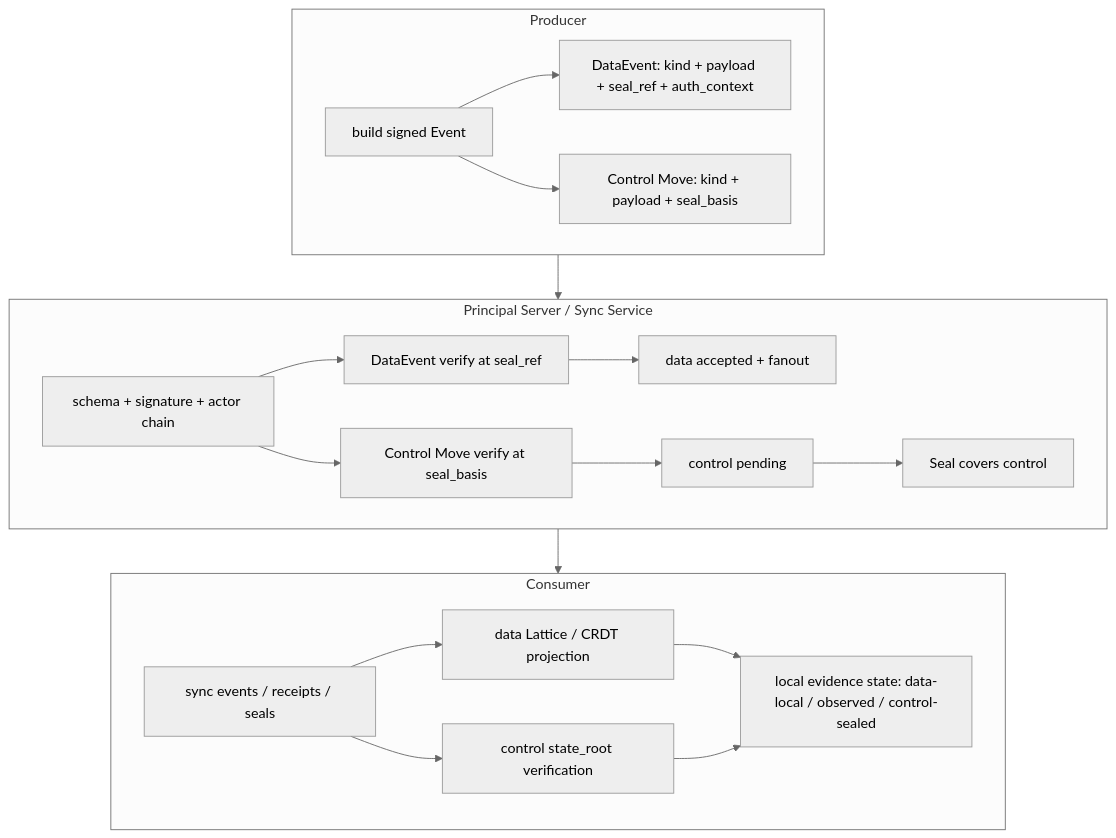
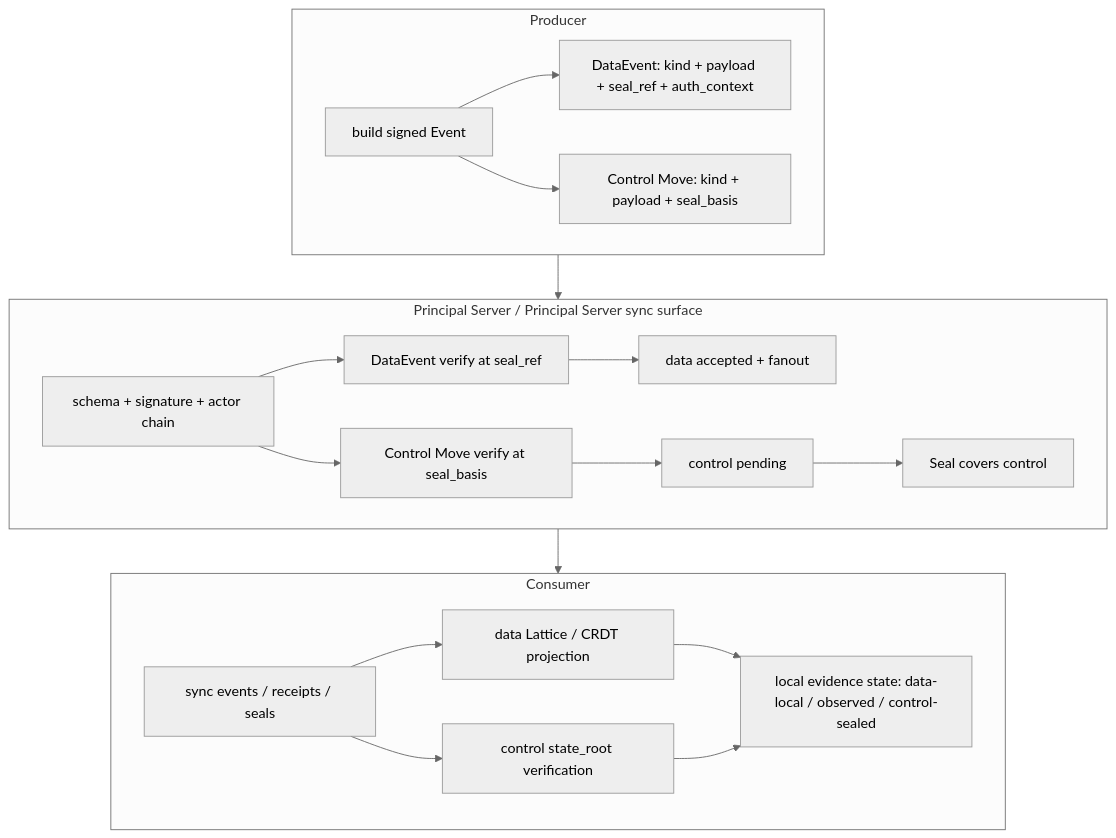
Before and after one commit to arkret-org/arkret-spec: the diagram in spec/v1/zh/sync/operations-sync.md, drawn with Mermaid (neutral theme). The commit also changed other lines of this file and 178 other files, not shown here.

````diff
--- a/spec/v1/zh/sync/operations-sync.md
+++ b/spec/v1/zh/sync/operations-sync.md
@@ -148,32 +148,32 @@
 ```mermaid
 flowchart TB
     subgraph P ["Producer"]
         P1["build signed Event"]
         P2["DataEvent: kind + payload + seal_ref + auth_context"]
         P3["Control Move: kind + payload + seal_basis"]
         P1 --> P2
         P1 --> P3
     end
 
-    subgraph S ["Principal Server / Sync Service"]
+    subgraph S ["Principal Server / Principal Server sync surface"]
         S1["schema + signature + actor chain"]
         S2["DataEvent verify at seal_ref"]
         S3["Control Move verify at seal_basis"]
         S4["data accepted + fanout"]
         S5["control pending"]
         S6["Seal covers control"]
         S1 --> S2 --> S4
         S1 --> S3 --> S5 --> S6
     end
 
     subgraph C ["Consumer"]
         C1["sync events / receipts / seals"]
         C2["data Lattice / CRDT projection"]
         C3["control state_root verification"]
         C4["local evidence state: data-local / observed / control-sealed"]
         C1 --> C2 --> C4
         C1 --> C3 --> C4
     end
 
     P --> S --> C
 ```
````
